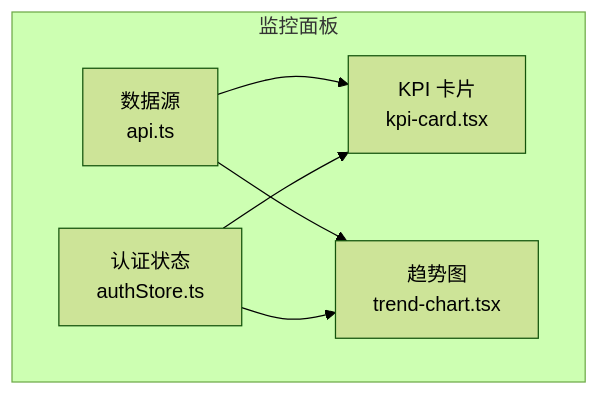
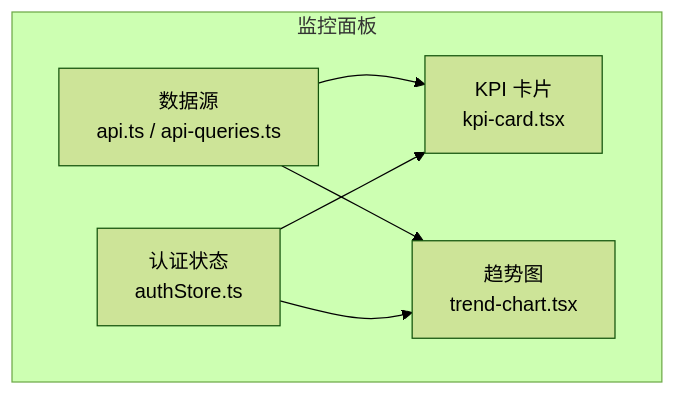
Before and after one commit to Damao997/newproject: the eighth of 9 diagrams in .qoder/repowiki/zh/content/页面组件/管理系统页面.md, drawn with Mermaid (forest theme). The commit also changed other lines of this file and 10 other files, not shown here.

````diff
--- a/.qoder/repowiki/zh/content/页面组件/管理系统页面.md
+++ b/.qoder/repowiki/zh/content/页面组件/管理系统页面.md
@@ -267,13 +365,13 @@
 ```mermaid
 graph TB
 subgraph "监控面板"
 A["KPI 卡片<br/>kpi-card.tsx"]
 B["趋势图<br/>trend-chart.tsx"]
-C["数据源<br/>api.ts"]
+C["数据源<br/>api.ts / api-queries.ts"]
 D["认证状态<br/>authStore.ts"]
 end
 C --> A
 C --> B
 D --> A
 D --> B
 ```
````
